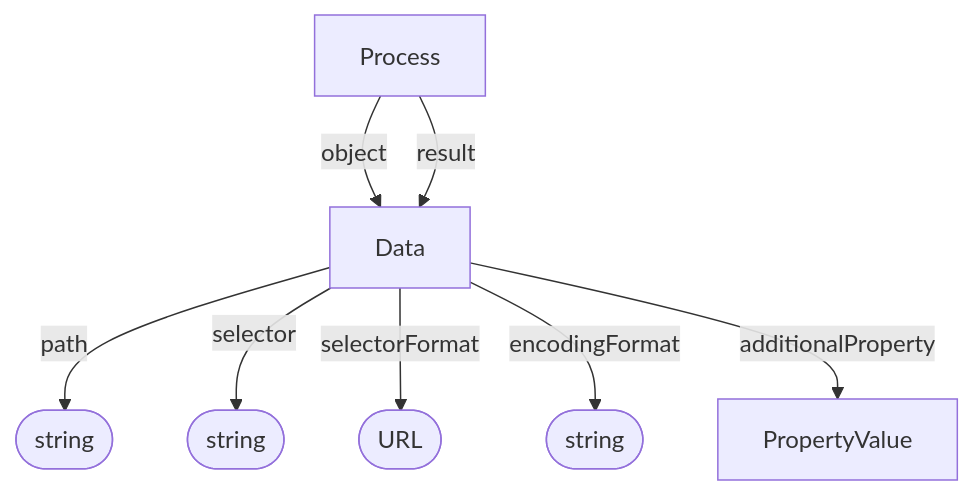
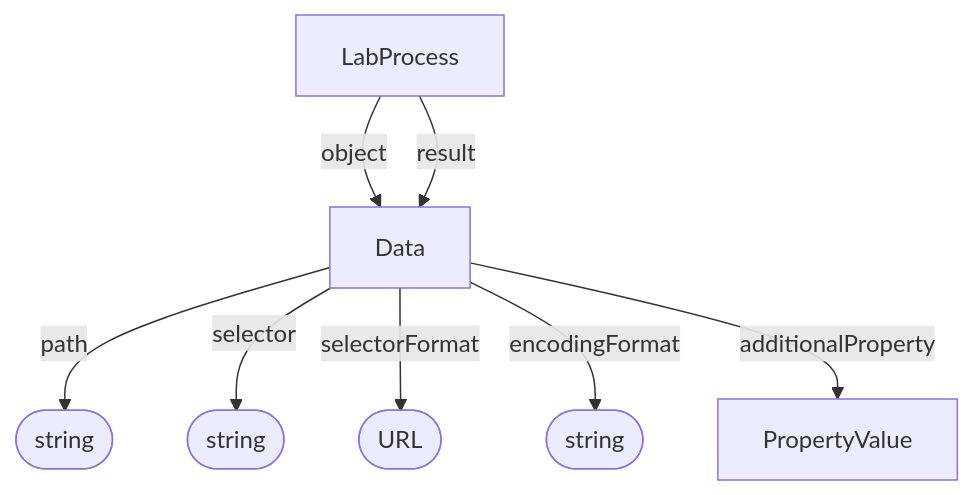
Before and after one commit to HLWeil/ProcessCore: the diagram in spec/core/Data.md, drawn with Mermaid. The commit also changed 10 other files, not shown here.

````diff
--- a/spec/core/Data.md
+++ b/spec/core/Data.md
@@ -22,16 +22,16 @@
 ```mermaid
 flowchart TD
 
     pa@{ shape: stadium, label: "string" }
     se@{ shape: stadium, label: "string" }
     sf@{ shape: stadium, label: "URL" }
     ef@{ shape: stadium, label: "string" }
 
-    Process --"object"--> Data
-    Process --result--> Data
+    LabProcess --"object"--> Data
+    LabProcess --result--> Data
     Data --path--> pa
     Data --selector--> se
     Data --selectorFormat--> sf
     Data --encodingFormat--> ef
     Data --additionalProperty--> PropertyValue
 ```
````
